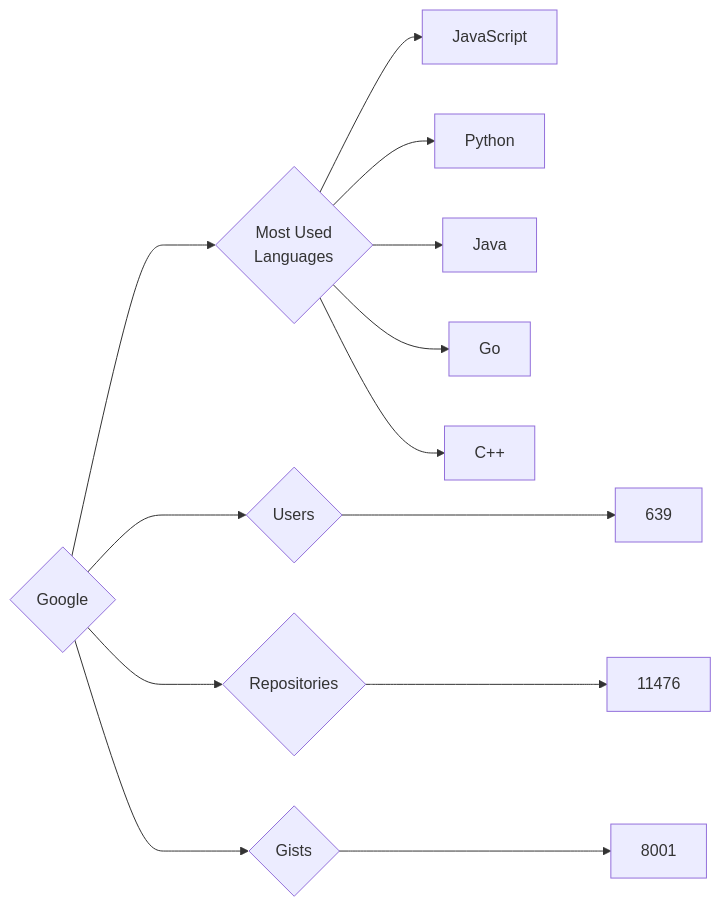
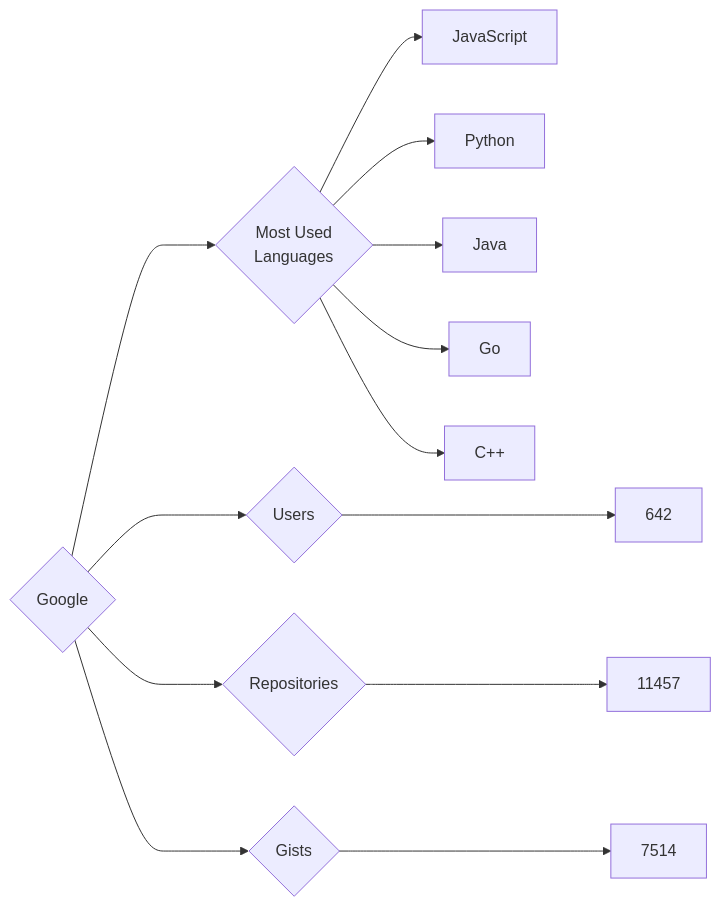
One commit to trickest/insiders changed the diagram in targets/Google/README.md. Above: the diagram before and after it, drawn with Mermaid. The commit also changed 639 other files, not shown here.

````diff
--- a/targets/Google/README.md
+++ b/targets/Google/README.md
@@ -3,13 +3,13 @@
 ```mermaid
 graph LR
 COMPANY_NAME{Google}
-COMPANY_NAME ---> U{Users} ---> UN[639]
-COMPANY_NAME ---> R{Repositories} ---> RN[11476]
-COMPANY_NAME ---> G{Gists} ---> GN[8001]
+COMPANY_NAME ---> U{Users} ---> UN[642]
+COMPANY_NAME ---> R{Repositories} ---> RN[11457]
+COMPANY_NAME ---> G{Gists} ---> GN[7514]
 COMPANY_NAME ---> ML{Most Used<br>Languages}
 ML --> JavaScript[JavaScript]
 ML --> Python[Python]
 ML --> Java[Java]
 ML --> Go[Go]
 ML --> C++[C++]
 ```
````
